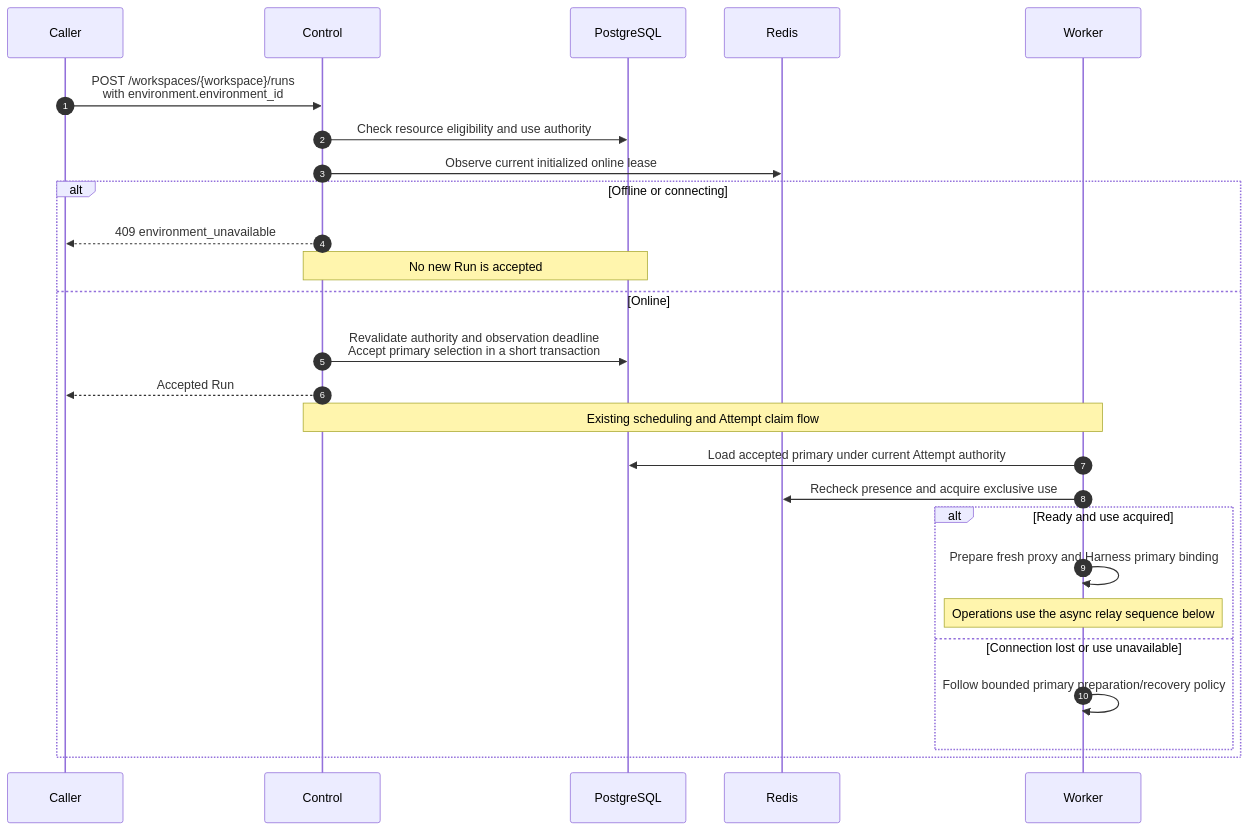
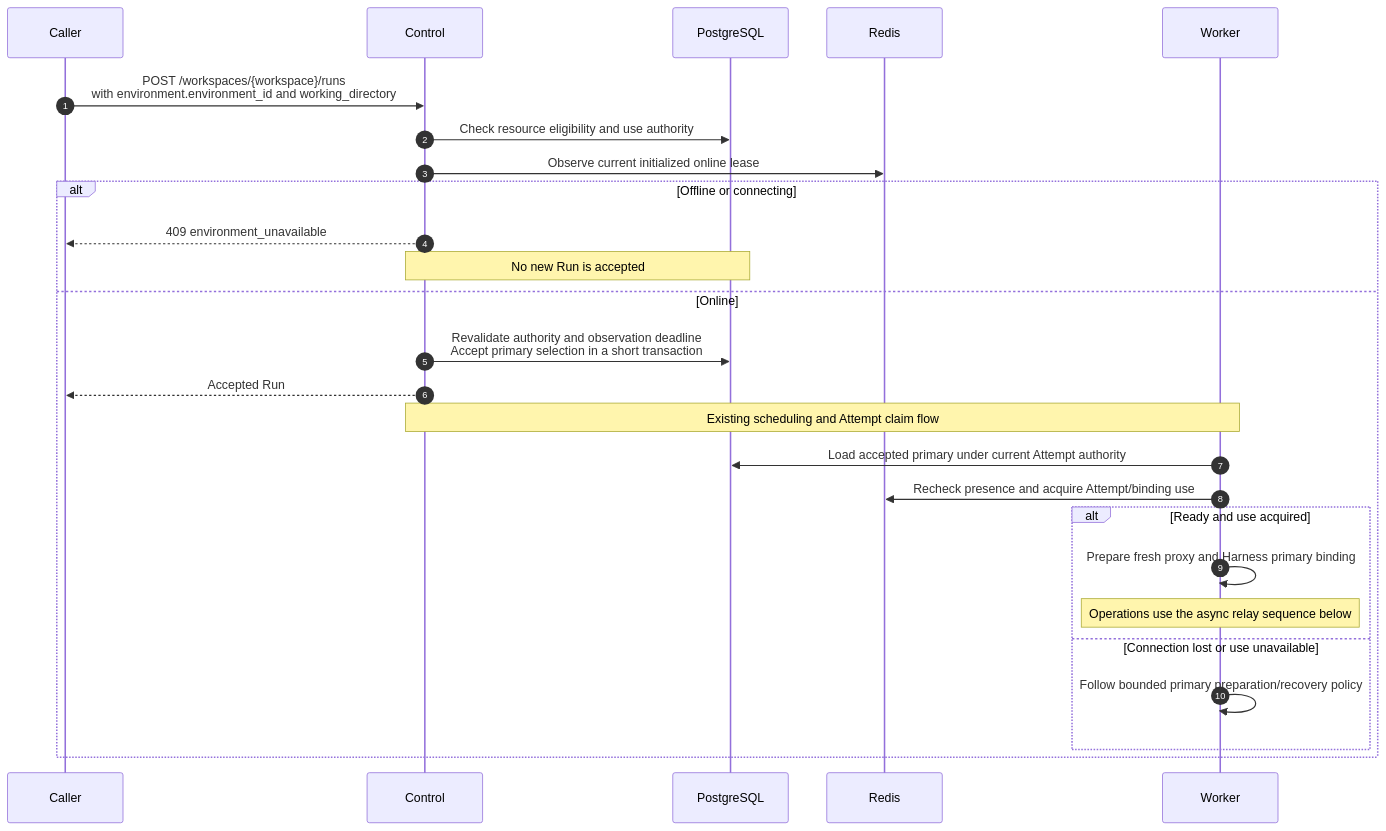
The third of 5 diagrams in spec/a13n-service/29a-websocket-environments-and-live-mounts.md (LTThreeComma/agent-foundation), drawn with Mermaid before and after one commit. The commit also changed other lines of this file and 45 other files, not shown here.

````diff
--- a/spec/a13n-service/29a-websocket-environments-and-live-mounts.md
+++ b/spec/a13n-service/29a-websocket-environments-and-live-mounts.md
@@ -215,29 +215,29 @@
 ```mermaid
 sequenceDiagram
     autonumber
     participant Caller
     participant Control
     participant DB as PostgreSQL
     participant Redis
     participant Worker
 
-    Caller->>Control: POST /workspaces/{workspace}/runs<br/>with environment.environment_id
+    Caller->>Control: POST /workspaces/{workspace}/runs<br/>with environment.environment_id and working_directory
     Control->>DB: Check resource eligibility and use authority
     Control->>Redis: Observe current initialized online lease
     alt Offline or connecting
         Control-->>Caller: 409 environment_unavailable
         Note over Control,DB: No new Run is accepted
     else Online
         Control->>DB: Revalidate authority and observation deadline<br/>Accept primary selection in a short transaction
         Control-->>Caller: Accepted Run
         Note over Control,Worker: Existing scheduling and Attempt claim flow
         Worker->>DB: Load accepted primary under current Attempt authority
-        Worker->>Redis: Recheck presence and acquire exclusive use
+        Worker->>Redis: Recheck presence and acquire Attempt/binding use
         alt Ready and use acquired
             Worker->>Worker: Prepare fresh proxy and Harness primary binding
             Note over Worker: Operations use the async relay sequence below
         else Connection lost or use unavailable
             Worker->>Worker: Follow bounded primary preparation/recovery policy
         end
     end
 ```
````
